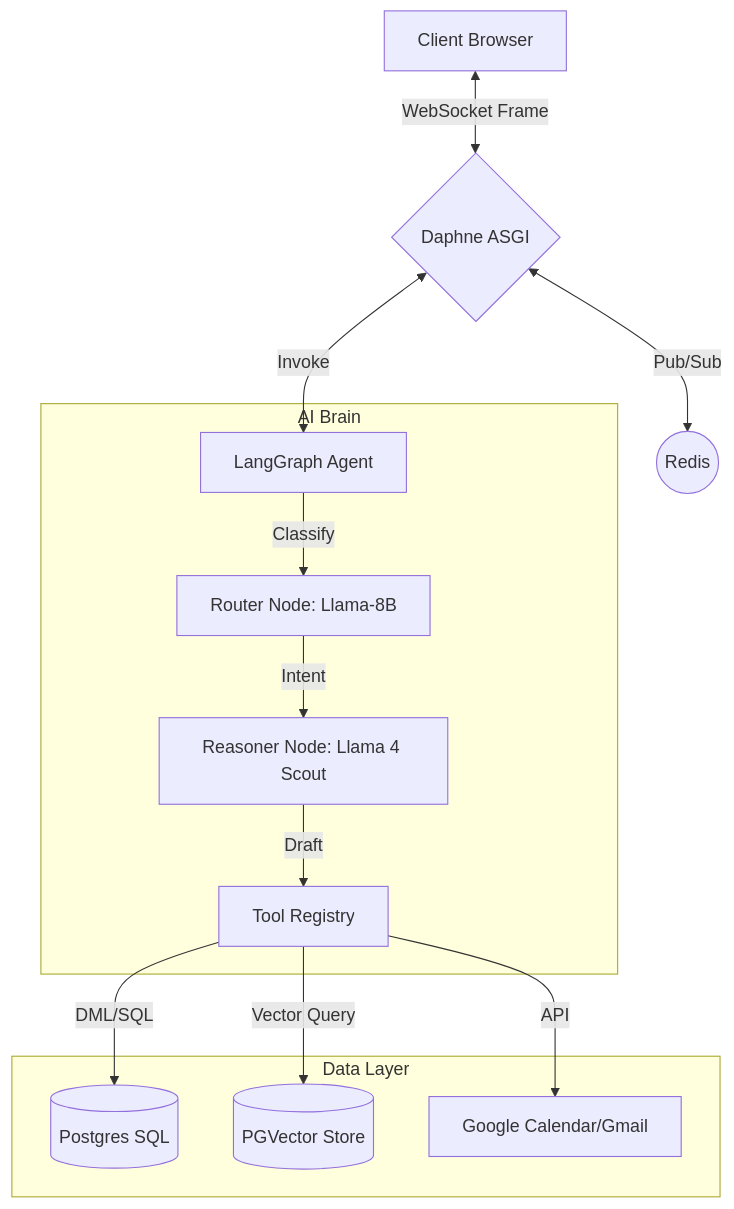
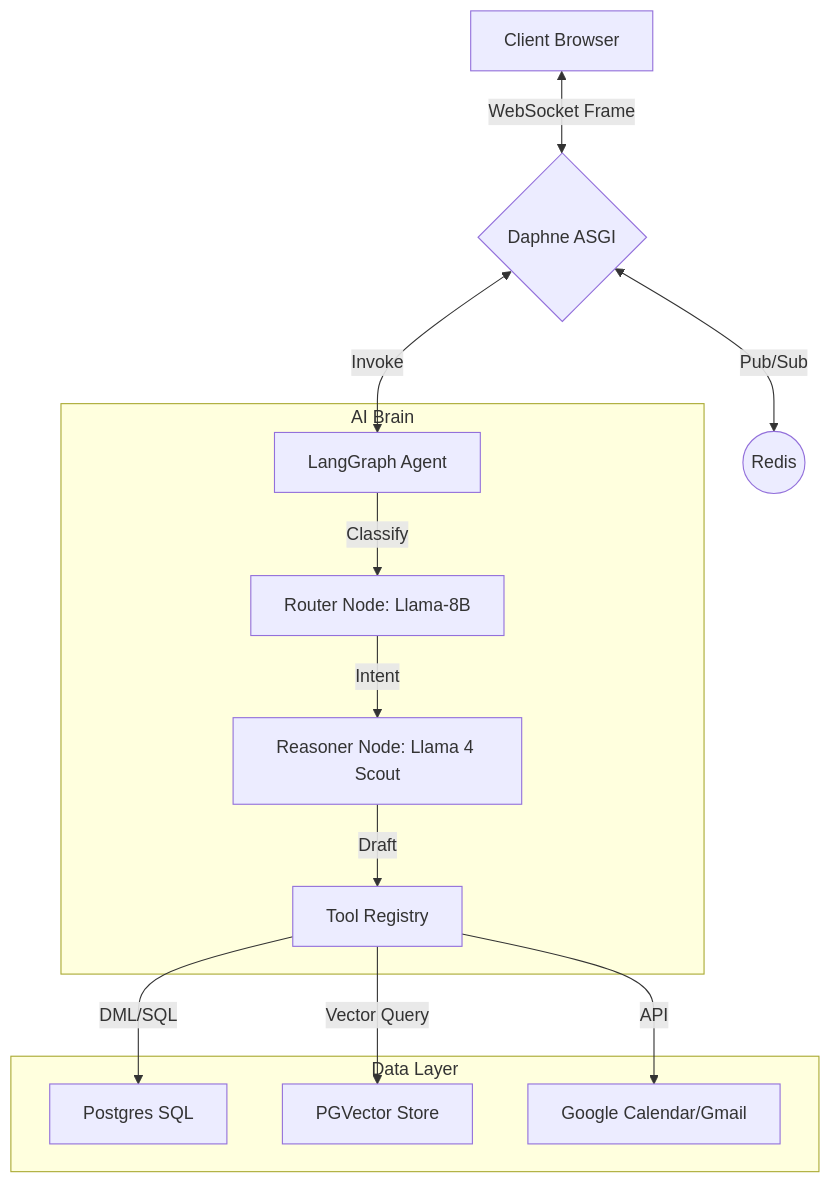
Before and after one commit to nathanmendis/project-harvey-test: the second of 7 diagrams in learn.md, drawn with Mermaid. The commit also changed other lines of this file, not shown here.

````diff
--- a/learn.md
+++ b/learn.md
@@ -53,18 +53,18 @@
 ```mermaid
 graph TD
     Client[Client Browser] <-->|WebSocket Frame| Daphne{Daphne ASGI}
     Daphne <-->|Pub/Sub| Redis((Redis))
     Daphne <-->|Invoke| Agent[LangGraph Agent]
     
     subgraph AI Brain
         Agent -->|Classify| Router[Router Node: Llama-8B]
         Router -->|Intent| Reasoner[Reasoner Node: Llama 4 Scout]
         Reasoner -->|Draft| Tools[Tool Registry]
     end
     
     subgraph Data Layer
-        Tools -->|DML/SQL| Postgres[(Postgres SQL)]
-        Tools -->|Vector Query| PGV[(PGVector Store)]
+        Tools -->|DML/SQL| Postgres["Postgres SQL"]
+        Tools -->|Vector Query| PGV["PGVector Store"]
         Tools -->|API| Google[Google Calendar/Gmail]
     end
 ```
````
